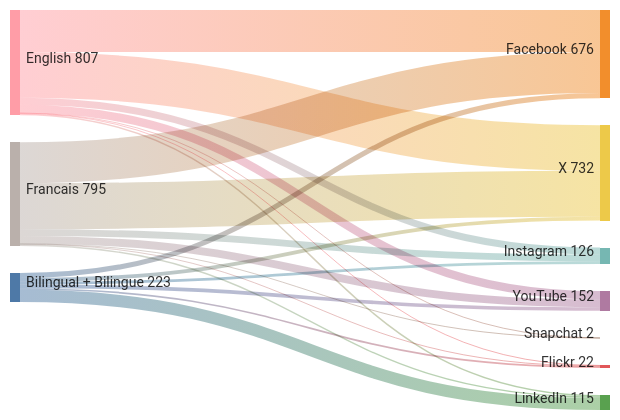
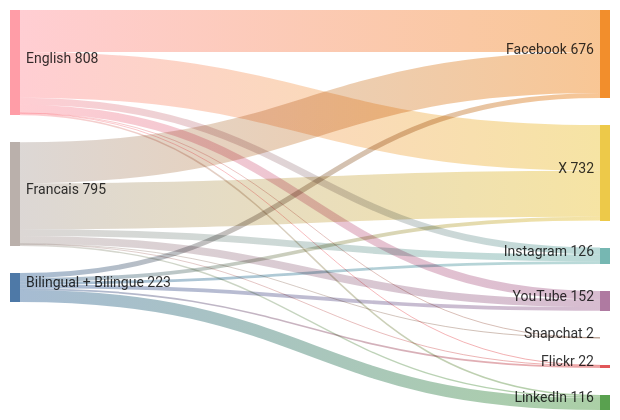
The diagram in sankey_diagram.md (PatLittle/GC-Socials), drawn with Mermaid before and after one commit.

Commit message:
Update Sankey diagram for the most recent day

````diff
--- a/sankey_diagram.md
+++ b/sankey_diagram.md
@@ -1,23 +1,23 @@
 ```mermaid
 sankey-beta
   Bilingual + Bilingue,Facebook,39
   Bilingual + Bilingue,Flickr,13
   Bilingual + Bilingue,Instagram,21
   Bilingual + Bilingue,LinkedIn,93
   Bilingual + Bilingue,X,29
   Bilingual + Bilingue,YouTube,28
   English,Facebook,323
   English,Flickr,5
   English,Instagram,53
-  English,LinkedIn,11
+  English,LinkedIn,12
   English,Snapchat,1
   English,X,350
   English,YouTube,64
   Francais,Facebook,314
   Francais,Flickr,4
   Francais,Instagram,52
   Francais,LinkedIn,11
   Francais,Snapchat,1
   Francais,X,353
   Francais,YouTube,60
 ```
````
